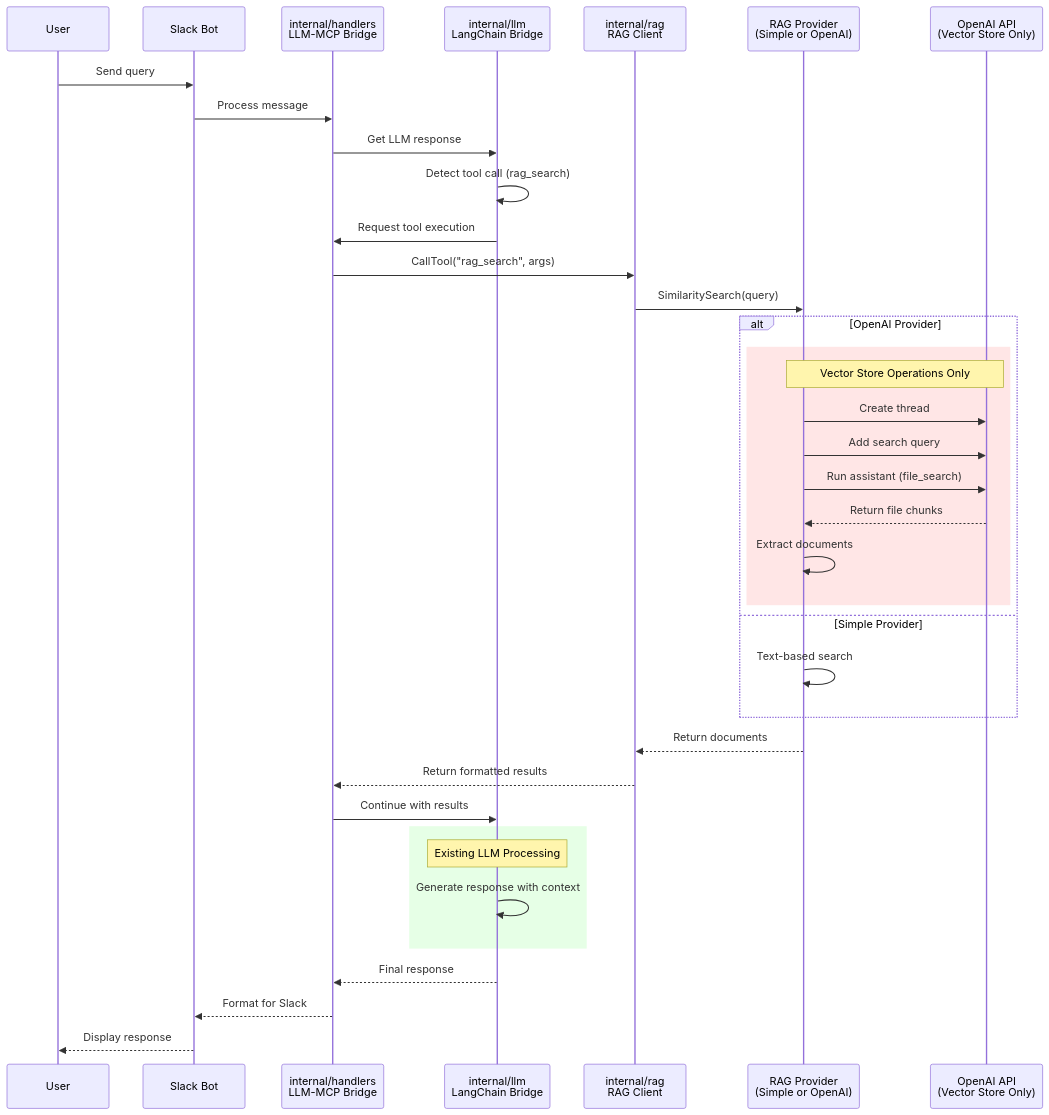
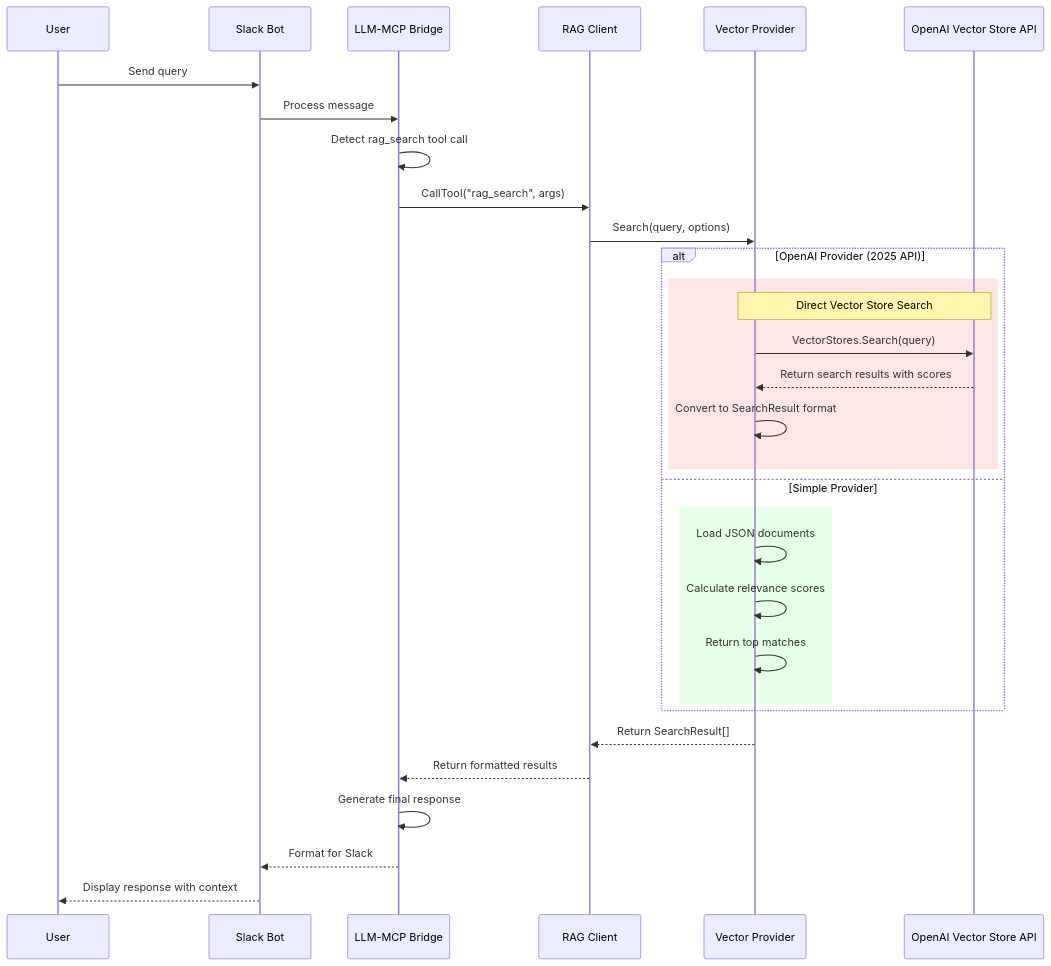
Before and after one commit to tuannvm/slack-mcp-client: the second of 4 diagrams in docs/rag-openai.md, drawn with Mermaid. The commit also changed other lines of this file and 1 other file, not shown here.

Commit message:
docs(rag-json): update RAG implementation details and simplify

````diff
--- a/docs/rag-openai.md
+++ b/docs/rag-openai.md
@@ -224,44 +220,36 @@
 ```mermaid
 sequenceDiagram
     participant U as User
     participant S as Slack Bot
-    participant H as internal/handlers<br/>LLM-MCP Bridge
-    participant L as internal/llm<br/>LangChain Bridge
-    participant RC as internal/rag<br/>RAG Client
-    participant RP as RAG Provider<br/>(Simple or OpenAI)
-    participant OA as OpenAI API<br/>(Vector Store Only)
+    participant H as LLM-MCP Bridge
+    participant RC as RAG Client
+    participant RP as Vector Provider
+    participant OA as OpenAI Vector Store API
     
     U->>S: Send query
     S->>H: Process message
-    H->>L: Get LLM response
-    L->>L: Detect tool call (rag_search)
-    L->>H: Request tool execution
+    H->>H: Detect rag_search tool call
     H->>RC: CallTool("rag_search", args)
-    RC->>RP: SimilaritySearch(query)
+    RC->>RP: Search(query, options)
     
-    alt OpenAI Provider
+    alt OpenAI Provider (2025 API)
         rect rgb(255, 230, 230)
-            Note over RP,OA: Vector Store Operations Only
-            RP->>OA: Create thread
-            RP->>OA: Add search query
-            RP->>OA: Run assistant (file_search)
-            OA-->>RP: Return file chunks
-            RP->>RP: Extract documents
+            Note over RP,OA: Direct Vector Store Search
+            RP->>OA: VectorStores.Search(query)
+            OA-->>RP: Return search results with scores
+            RP->>RP: Convert to SearchResult format
         end
     else Simple Provider
-        RP->>RP: Text-based search
+        rect rgb(230, 255, 230)
+            RP->>RP: Load JSON documents
+            RP->>RP: Calculate relevance scores
+            RP->>RP: Return top matches
+        end
     end
     
-    RP-->>RC: Return documents
+    RP-->>RC: Return SearchResult[]
     RC-->>H: Return formatted results
-    H->>L: Continue with results
-    
-    rect rgb(230, 255, 230)
-        Note over L: Existing LLM Processing
-        L->>L: Generate response with context
-    end
-    
-    L-->>H: Final response
+    H->>H: Generate final response
     H-->>S: Format for Slack
-    S-->>U: Display response
+    S-->>U: Display response with context
 ```
````
